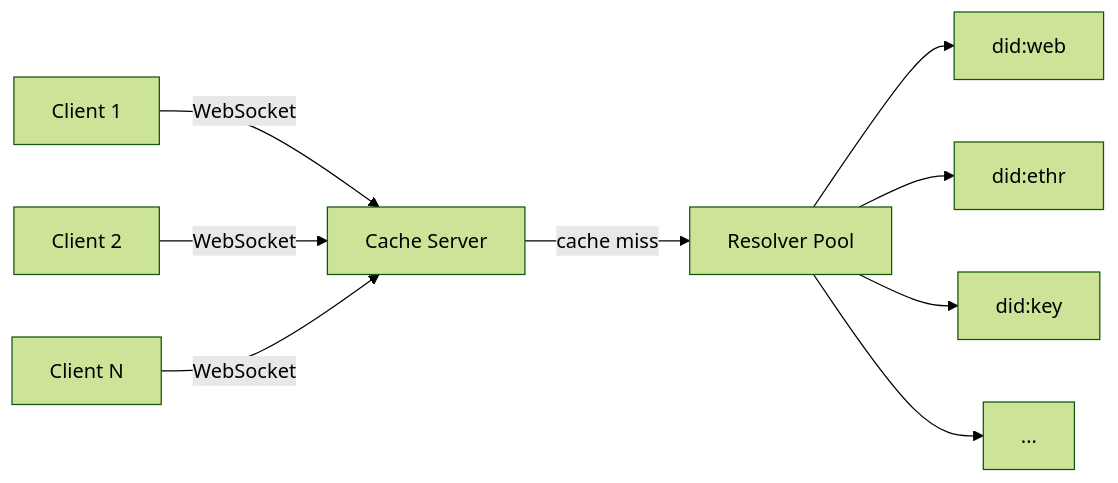
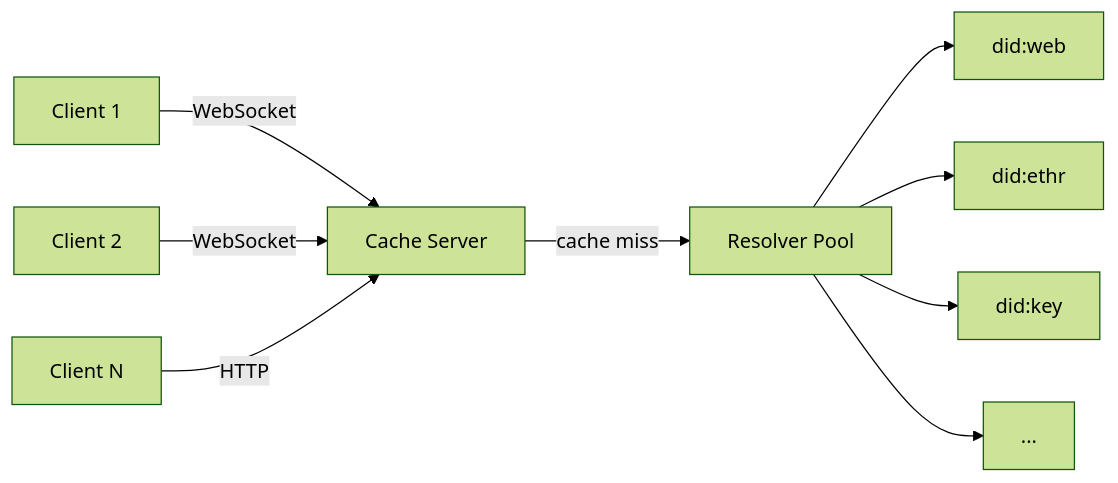
Before and after one commit to affinidi/affinidi-tdk-rs: the diagram in crates/identity/affinidi-did-resolver-cache-server/README.md, drawn with Mermaid (forest theme). The commit also changed other lines of this file and 53 other files, not shown here.

````diff
--- a/crates/identity/affinidi-did-resolver-cache-server/README.md
+++ b/crates/identity/affinidi-did-resolver-cache-server/README.md
@@ -14,11 +15,11 @@
 ```mermaid
 graph LR
     C1["Client 1"] -->|WebSocket| S["Cache Server"]
     C2["Client 2"] -->|WebSocket| S
-    C3["Client N"] -->|WebSocket| S
+    C3["Client N"] -->|HTTP| S
     S -->|cache miss| R["Resolver Pool"]
     R --> M1["did:web"]
     R --> M2["did:ethr"]
     R --> M3["did:key"]
     R --> M4["..."]
 ```
````
